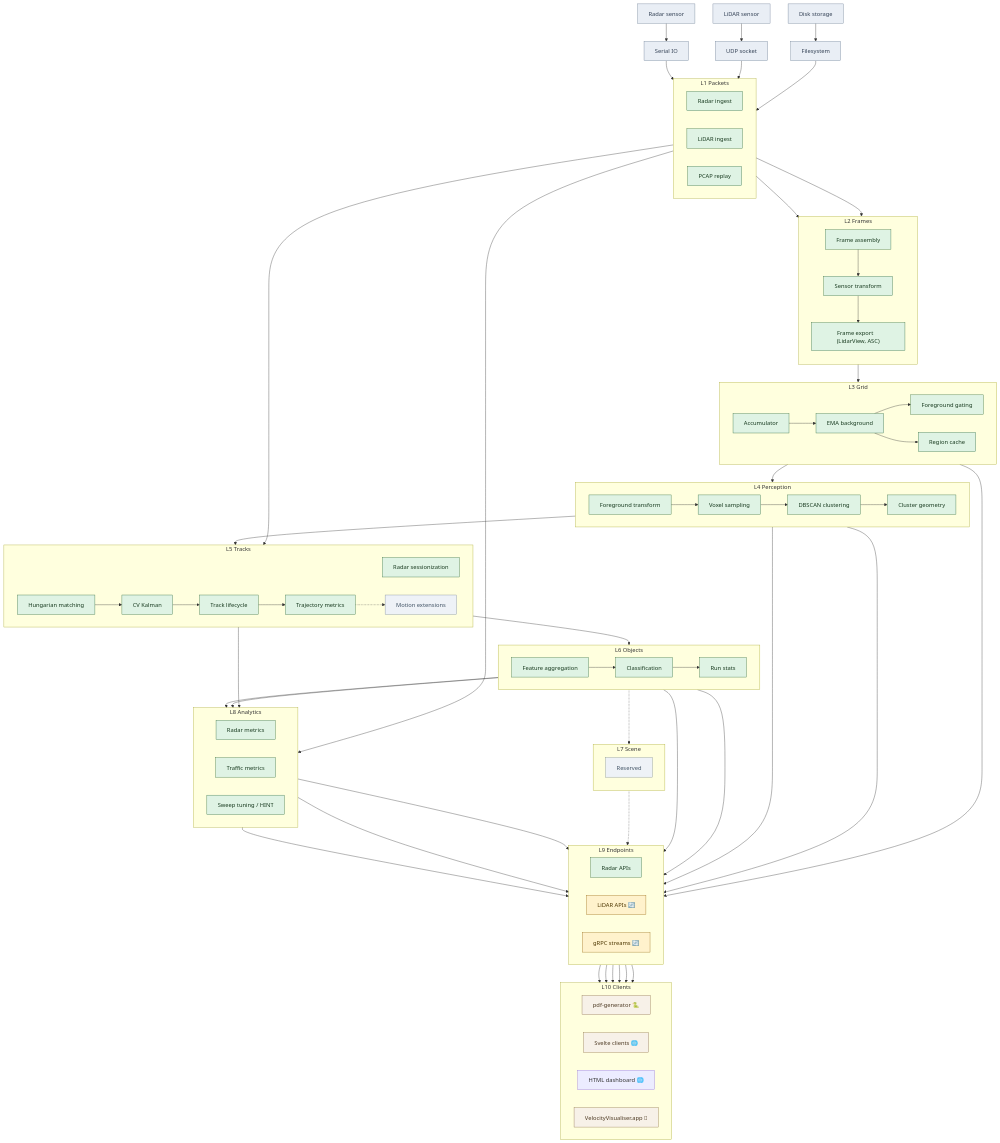
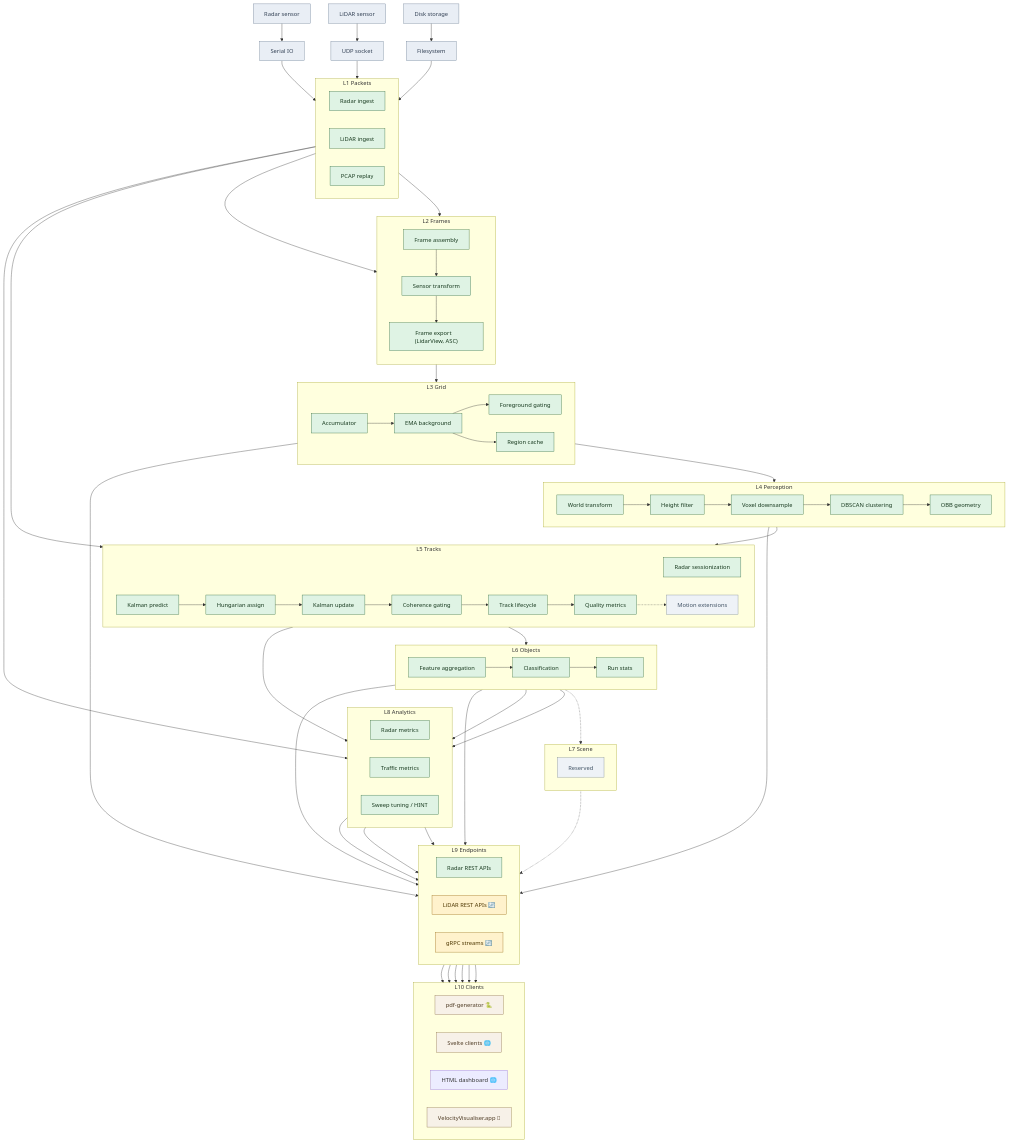
One commit to banshee-data/velocity.report changed the diagram in docs/lidar/architecture/lidar-data-layer-model.md. Above: the diagram before and after it, drawn with Mermaid. The commit also changed other lines of this file, not shown here.

Commit message:
[docs] update LiDAR data layer model documentation with revised flowchart elements and connections for clarity

````diff
--- a/docs/lidar/architecture/lidar-data-layer-model.md
+++ b/docs/lidar/architecture/lidar-data-layer-model.md
@@ -80,20 +80,23 @@
 
     subgraph L4["L4 Perception"]
         direction LR
-        L4a["Foreground transform"]
-        L4b["Voxel sampling"]
-        L4c["DBSCAN clustering"]
-        L4d["Cluster geometry"]
+        L4a["World transform"]
+        L4b["Height filter"]
+        L4c["Voxel downsample"]
+        L4d["DBSCAN clustering"]
+        L4e["OBB geometry"]
     end
 
     subgraph L5["L5 Tracks"]
         direction LR
         L5a["Radar sessionization"]
-        L5b["Hungarian matching"]
-        L5c["CV Kalman"]
-        L5d["Track lifecycle"]
-        L5e["Trajectory metrics"]
-        L5f["Motion extensions"]
+        L5b["Kalman predict"]
+        L5c["Hungarian assign"]
+        L5d["Kalman update"]
+        L5e["Coherence gating"]
+        L5f["Track lifecycle"]
+        L5g["Quality metrics"]
+        L5h["Motion extensions"]
     end
 
     subgraph L6["L6 Objects"]
@@ -117,8 +120,8 @@
 
     subgraph L9["L9 Endpoints"]
         direction LR
-        L9a["Radar APIs"]
-        L9b["LiDAR APIs 🔄"]
+        L9a["Radar REST APIs"]
+        L9b["LiDAR REST APIs 🔄"]
         L9c["gRPC streams 🔄"]
     end
 
@@ -149,12 +152,15 @@
     L4a --> L4b
     L4b --> L4c
     L4c --> L4d
-    L4d --> L5b
+    L4d --> L4e
+    L4e --> L5b
     L5b --> L5c
     L5c --> L5d
     L5d --> L5e
-    L5e --> L6a
-    L5e -.-> L5f
+    L5e --> L5f
+    L5f --> L5g
+    L5g --> L6a
+    L5g -.-> L5h
     L6a --> L6b
     L6b --> L6c
     L6b --> L9b
@@ -162,8 +168,7 @@
     L6c --> L8b
     L6c --> L8c
     L3b --> L9c
-    L4a --> L9c
-    L4d --> L9c
+    L4e --> L9c
     L6b --> L9c
     L8c --> L9b
     L7a -.-> L9c
@@ -181,8 +186,8 @@
     L9b --> L10d
 
     class P0a,P0b,P0c,P0d,P0e,P0f infra;
-    class L1a,L1b,L1c,L2a,L2b,L2c,L3a,L3b,L3c,L3d,L4a,L4b,L4c,L4d,L5a,L5b,L5c,L5d,L5e,L6a,L6b,L6c,L8a,L8b,L8c,L9a implemented;
+    class L1a,L1b,L1c,L2a,L2b,L2c,L3a,L3b,L3c,L3d,L4a,L4b,L4c,L4d,L4e,L5a,L5b,L5c,L5d,L5e,L5f,L5g,L6a,L6b,L6c,L8a,L8b,L8c,L9a implemented;
     class L9b,L9c partial;
-    class L5f,L7a gap;
+    class L5h,L7a gap;
     class L10a,L10b,L10c client;
 ```
````
